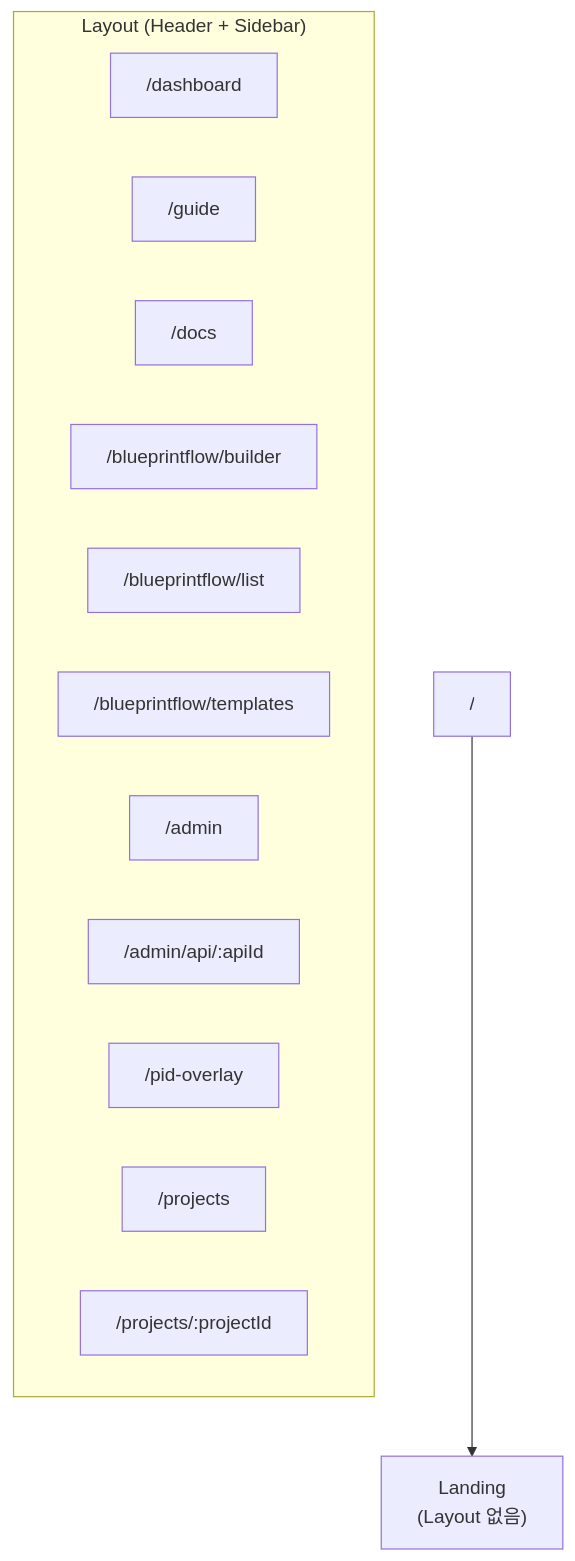
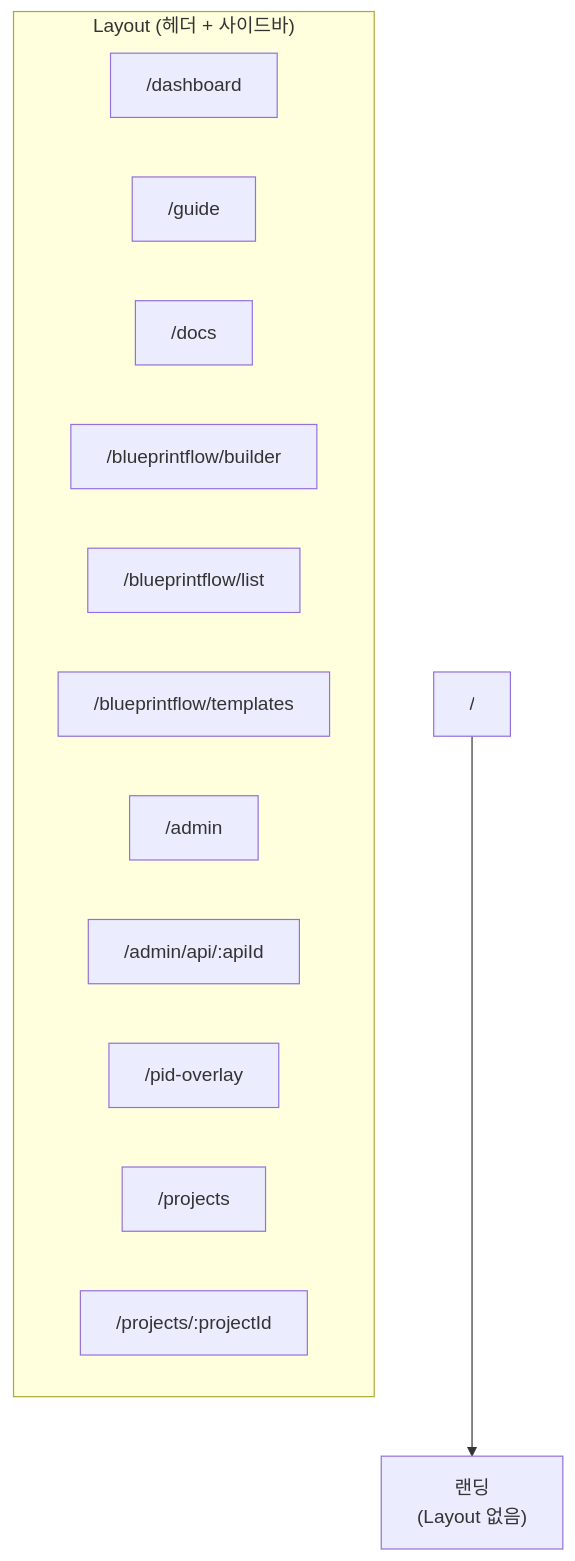
The first of 2 diagrams in docs-site/docs/frontend/routing.md (uprootai/AX_OCR), drawn with Mermaid before and after one commit. The commit also changed other lines of this file and 64 other files, not shown here.

````diff
--- a/docs-site/docs/frontend/routing.md
+++ b/docs-site/docs/frontend/routing.md
@@ -11,18 +11,18 @@
 ```mermaid
 flowchart TD
-    ROOT["/"] --> LANDING["Landing\n(Layout 없음)"]
+    ROOT["/"] --> LANDING["랜딩\n(Layout 없음)"]
 
-    subgraph LAYOUT["Layout (Header + Sidebar)"]
+    subgraph LAYOUT["Layout (헤더 + 사이드바)"]
         DASH["/dashboard"]
         GUIDE["/guide"]
         DOCS["/docs"]
         BF_B["/blueprintflow/builder"]
         BF_L["/blueprintflow/list"]
         BF_T["/blueprintflow/templates"]
         ADMIN["/admin"]
         API_D["/admin/api/:apiId"]
         PID["/pid-overlay"]
         PROJ["/projects"]
         PROJ_D["/projects/:projectId"]
     end
 ```
````
